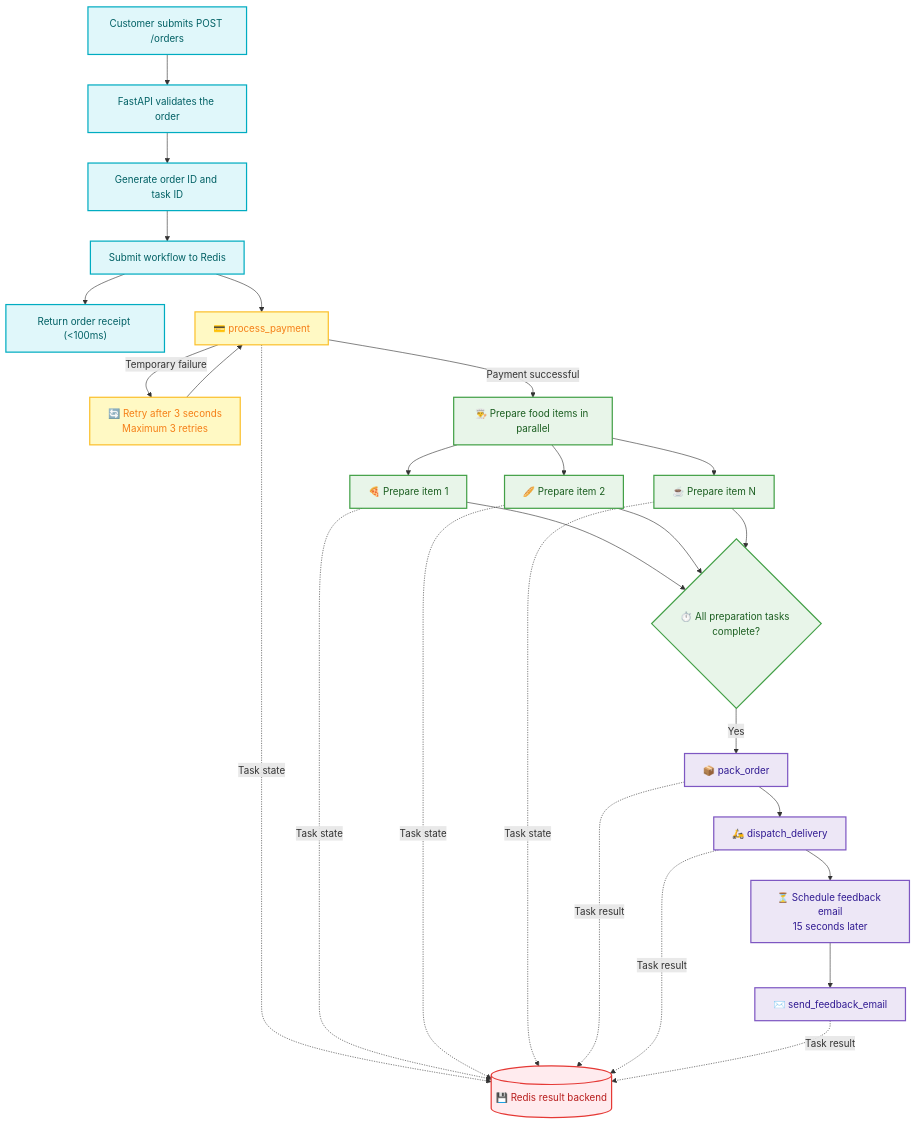
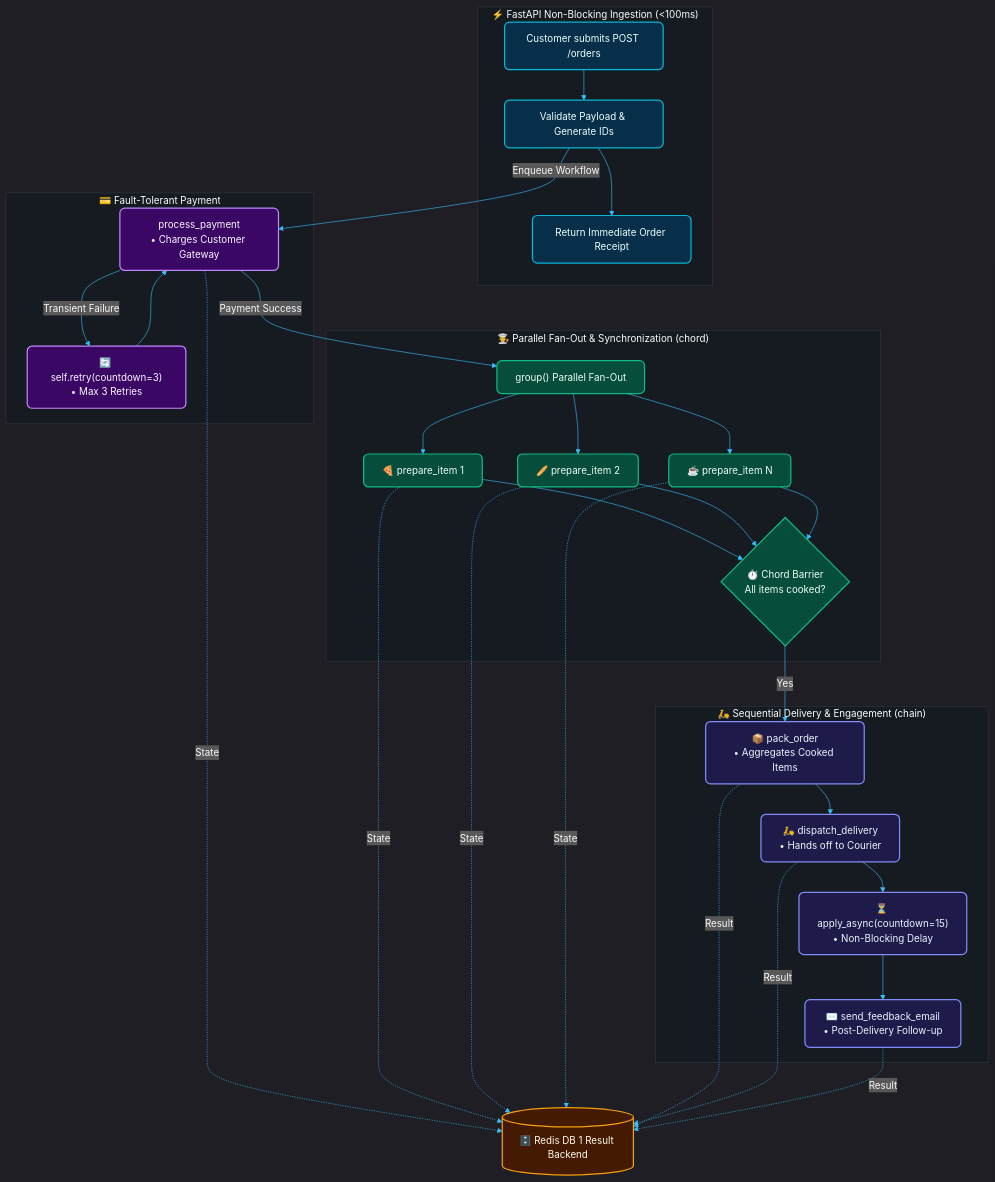
Before and after one commit to gowripriya521/fastapi-celery-redis-order-tracker: the fourth of 4 diagrams in README.md, drawn with Mermaid. The commit also changed other lines of this file, not shown here.

````diff
--- a/README.md
+++ b/README.md
@@ -612,44 +627,57 @@
 ```mermaid
+%%{init: {'theme': 'dark', 'themeVariables': { 'darkMode': true, 'background': '#0d1117', 'lineColor': '#38bdf8', 'textColor': '#f8fafc', 'clusterBkg': '#161b22', 'clusterBorder': '#30363d' }}}%%
 flowchart TD
-    classDef step fill:#E0F7FA,stroke:#00ACC1,stroke-width:2px,color:#006064;
-    classDef payment fill:#FFF9C4,stroke:#FBC02D,stroke-width:2px,color:#F57F17;
-    classDef groupTask fill:#E8F5E9,stroke:#43A047,stroke-width:2px,color:#1B5E20;
-    classDef action fill:#EDE7F6,stroke:#7E57C2,stroke-width:2px,color:#311B92;
-    classDef db fill:#FFEBEE,stroke:#E53935,stroke-width:2px,color:#B71C1C;
+    classDef gateway fill:#082f49,stroke:#06b6d4,stroke-width:2px,color:#ecfeff,rx:8,ry:8;
+    classDef payment fill:#3b0764,stroke:#c084fc,stroke-width:2px,color:#faf5ff,rx:8,ry:8;
+    classDef parallel fill:#064e3b,stroke:#10b981,stroke-width:2px,color:#ecfdf5,rx:8,ry:8;
+    classDef pipeline fill:#1e1b4b,stroke:#818cf8,stroke-width:2px,color:#eef2ff,rx:8,ry:8;
+    classDef storage fill:#451a03,stroke:#f59e0b,stroke-width:2px,color:#fffbeb,rx:8,ry:8;
 
-    Start["Customer submits POST /orders"]:::step
-    Validate["FastAPI validates the order"]:::step
-    IDs["Generate order ID and task ID"]:::step
-    Queue["Submit workflow to Redis"]:::step
-    Response["Return order receipt (<100ms)"]:::step
+    subgraph API_Layer ["⚡ FastAPI Non-Blocking Ingestion (<100ms)"]
+        Start["Customer submits POST /orders"]:::gateway
+        Validate["Validate Payload & Generate IDs"]:::gateway
+        Response["Return Immediate Order Receipt"]:::gateway
+        Start --> Validate --> Response
+    end
 
-    Start --> Validate --> IDs --> Queue --> Response
+    subgraph Payment_Stage ["💳 Fault-Tolerant Payment"]
+        Payment["process_payment<br/>• Charges Customer Gateway"]:::payment
+        Retry["🔄 self.retry(countdown=3)<br/>• Max 3 Retries"]:::payment
+        Payment -->|"Transient Failure"| Retry
+        Retry --> Payment
+    end
 
-    Queue --> Payment["💳 process_payment"]:::payment
+    subgraph Kitchen_Chord ["👨‍🍳 Parallel Fan-Out & Synchronization (chord)"]
+        Group["group() Parallel Fan-Out"]:::parallel
+        Item1["🍕 prepare_item 1"]:::parallel
+        Item2["🥖 prepare_item 2"]:::parallel
+        ItemN["☕ prepare_item N"]:::parallel
+        Wait{"⏱️ Chord Barrier<br/>All items cooked?"}:::parallel
 
-    Payment -->|"Temporary failure"| Retry["🔄 Retry after 3 seconds<br/>Maximum 3 retries"]:::payment
-    Retry --> Payment
-    Payment -->|"Payment successful"| Group["👨‍🍳 Prepare food items in parallel"]:::groupTask
+        Group --> Item1 & Item2 & ItemN
+        Item1 & Item2 & ItemN --> Wait
+    end
 
-    Group --> Item1["🍕 Prepare item 1"]:::groupTask
-    Group --> Item2["🥖 Prepare item 2"]:::groupTask
-    Group --> ItemN["☕ Prepare item N"]:::groupTask
+    subgraph Fulfillment_Chain ["🛵 Sequential Delivery & Engagement (chain)"]
+        Pack["📦 pack_order<br/>• Aggregates Cooked Items"]:::pipeline
+        Dispatch["🛵 dispatch_delivery<br/>• Hands off to Courier"]:::pipeline
+        Schedule["⏳ apply_async(countdown=15)<br/>• Non-Blocking Delay"]:::pipeline
+        Feedback["✉️ send_feedback_email<br/>• Post-Delivery Follow-up"]:::pipeline
 
-    Item1 --> Wait{"⏱️ All preparation tasks complete?"}:::groupTask
-    Item2 --> Wait
-    ItemN --> Wait
+        Pack --> Dispatch --> Schedule --> Feedback
+    end
 
-    Wait -->|"Yes"| Pack["📦 pack_order"]:::action
-    Pack --> Dispatch["🛵 dispatch_delivery"]:::action
-    Dispatch --> Schedule["⏳ Schedule feedback email<br/>15 seconds later"]:::action
-    Schedule --> Feedback["✉️ send_feedback_email"]:::action
+    Backend[("🗄️ Redis DB 1 Result Backend")]:::storage
 
-    Backend[("💾 Redis result backend")]:::db
-    Payment -. "Task state" .-> Backend
-    Item1 -. "Task state" .-> Backend
-    Item2 -. "Task state" .-> Backend
-    ItemN -. "Task state" .-> Backend
-    Pack -. "Task result" .-> Backend
-    Dispatch -. "Task result" .-> Backend
-    Feedback -. "Task result" .-> Backend
+    Validate -->|"Enqueue Workflow"| Payment
+    Payment -->|"Payment Success"| Group
+    Wait -->|"Yes"| Pack
+
+    Payment -. "State" .-> Backend
+    Item1 -. "State" .-> Backend
+    Item2 -. "State" .-> Backend
+    ItemN -. "State" .-> Backend
+    Pack -. "Result" .-> Backend
+    Dispatch -. "Result" .-> Backend
+    Feedback -. "Result" .-> Backend
 ```
````
